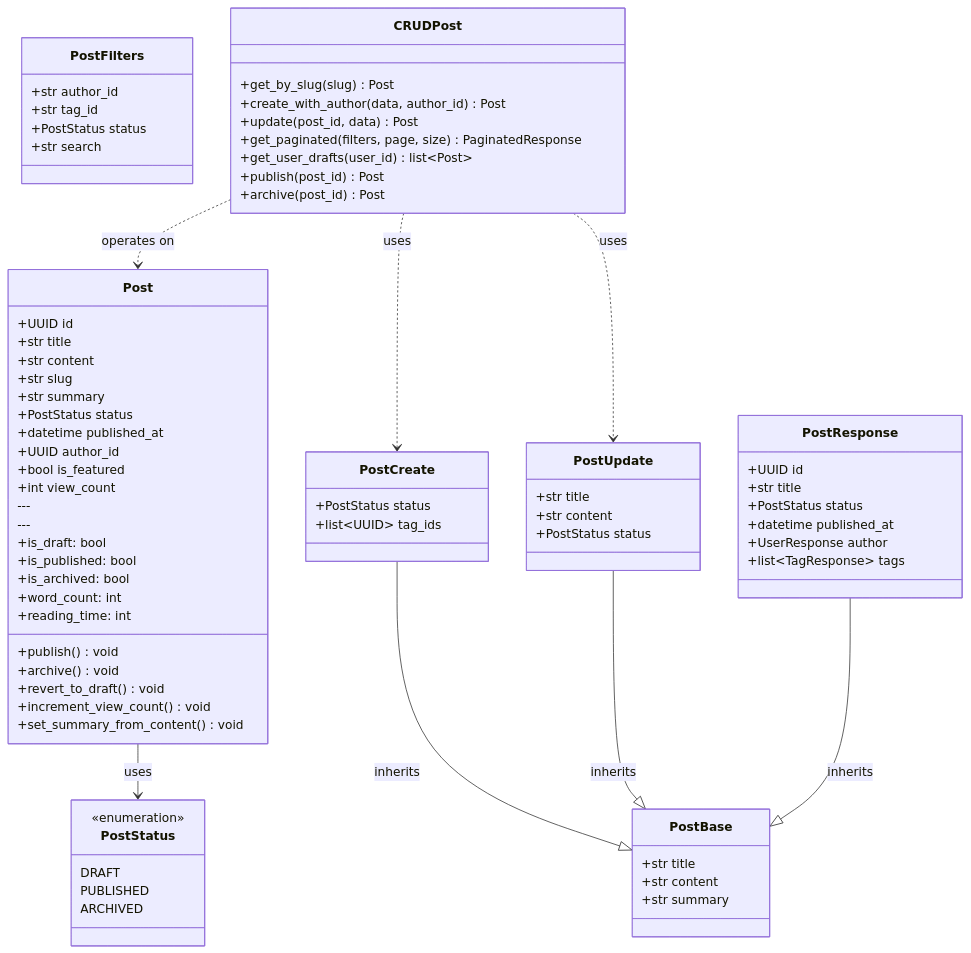
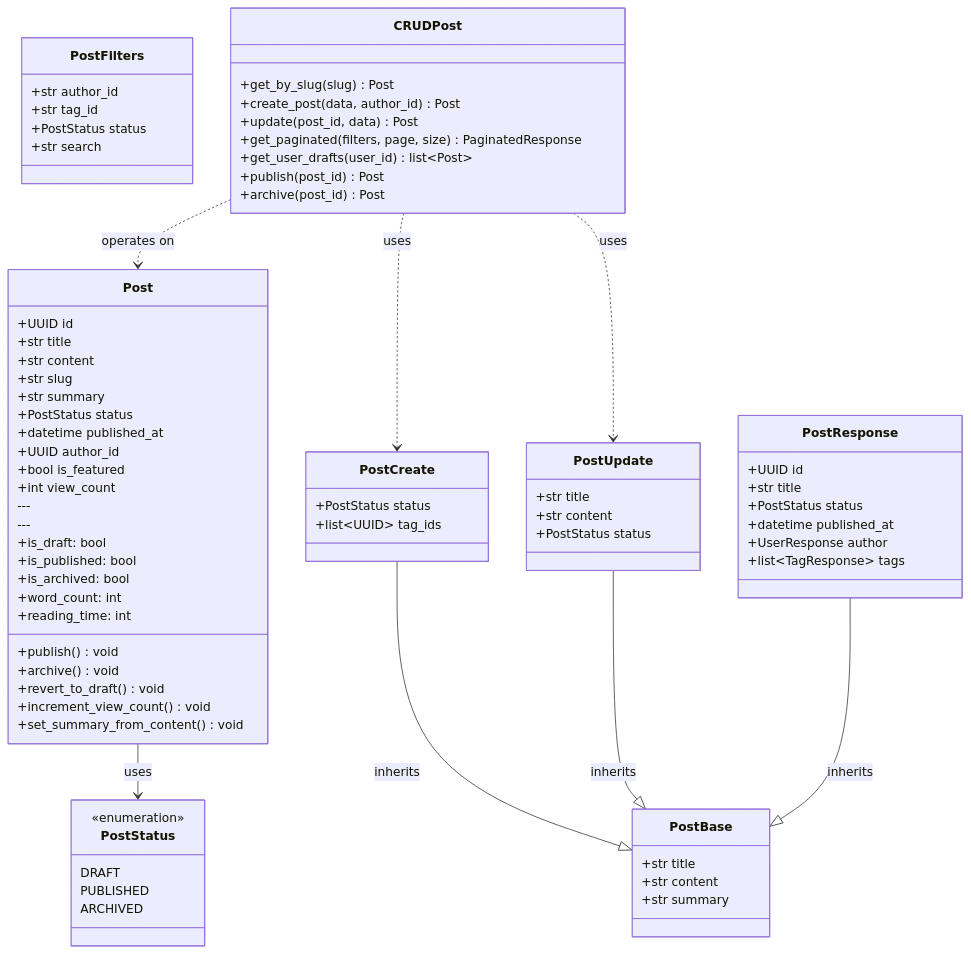
The first of 7 diagrams in docs/design/Phase6_文章管理设计.md (9ml121/fastapi_blog), drawn with Mermaid before and after one commit. The commit also changed other lines of this file and 52 other files, not shown here.

```diff
--- a/docs/design/Phase6_文章管理设计.md
+++ b/docs/design/Phase6_文章管理设计.md
@@ -113,7 +113,7 @@
     %% CRUD 层
     class CRUDPost {
         +get_by_slug(slug) Post
-        +create_with_author(data, author_id) Post
+        +create_post(data, author_id) Post
         +update(post_id, data) Post
         +get_paginated(filters, page, size) PaginatedResponse
         +get_user_drafts(user_id) list~Post~
```
